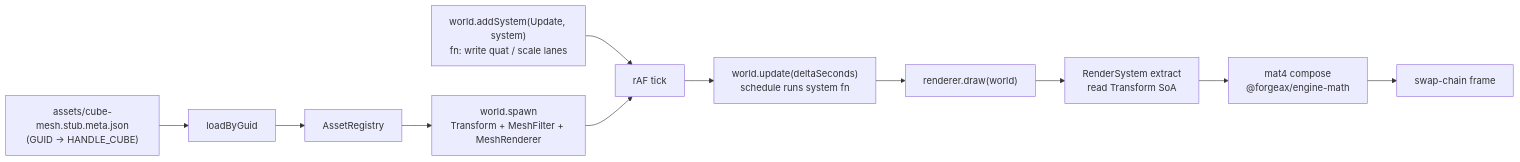
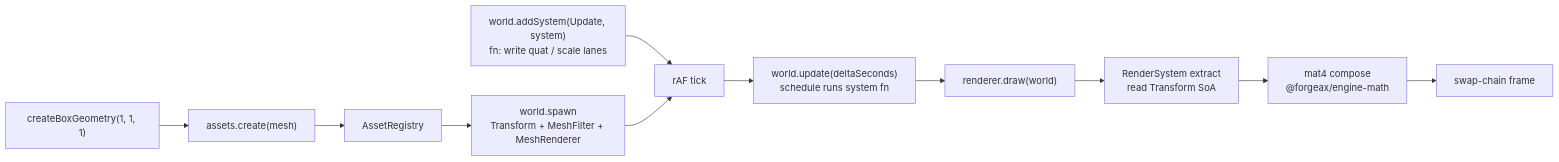
Before and after one commit to ForgeAX/forgeax-engine: the diagram in apps/learn-render/1.getting-started/5.transformations/README.md, drawn with Mermaid. The commit also changed other lines of this file and 4113 other files, not shown here.

````diff
--- a/apps/learn-render/1.getting-started/5.transformations/README.md
+++ b/apps/learn-render/1.getting-started/5.transformations/README.md
@@ -28,13 +28,13 @@
 ```mermaid
 flowchart LR
-  Disk["assets/cube-mesh.stub.meta.json<br/>(GUID -> HANDLE_CUBE)"] --> RT["loadByGuid<MeshAsset>"]
+  Geometry["createBoxGeometry(1, 1, 1)"] --> RT["assets.create(mesh)"]
   RT --> Reg["AssetRegistry"]
   Reg --> Spawn["world.spawn<br/>Transform + MeshFilter + MeshRenderer"]
   AddSys["world.addSystem(Update, system)<br/>fn: write quat / scale lanes"] --> Tick
   Spawn --> Tick["rAF tick"]
   Tick --> Update["world.update(deltaSeconds)<br/>schedule runs system fn"]
   Update --> Draw["renderer.draw(world)"]
   Draw --> RS["RenderSystem extract<br/>read Transform SoA"]
   RS --> Compose["mat4 compose<br/>@forgeax/engine-math"]
   Compose --> Frame["swap-chain frame"]
 ```
````
